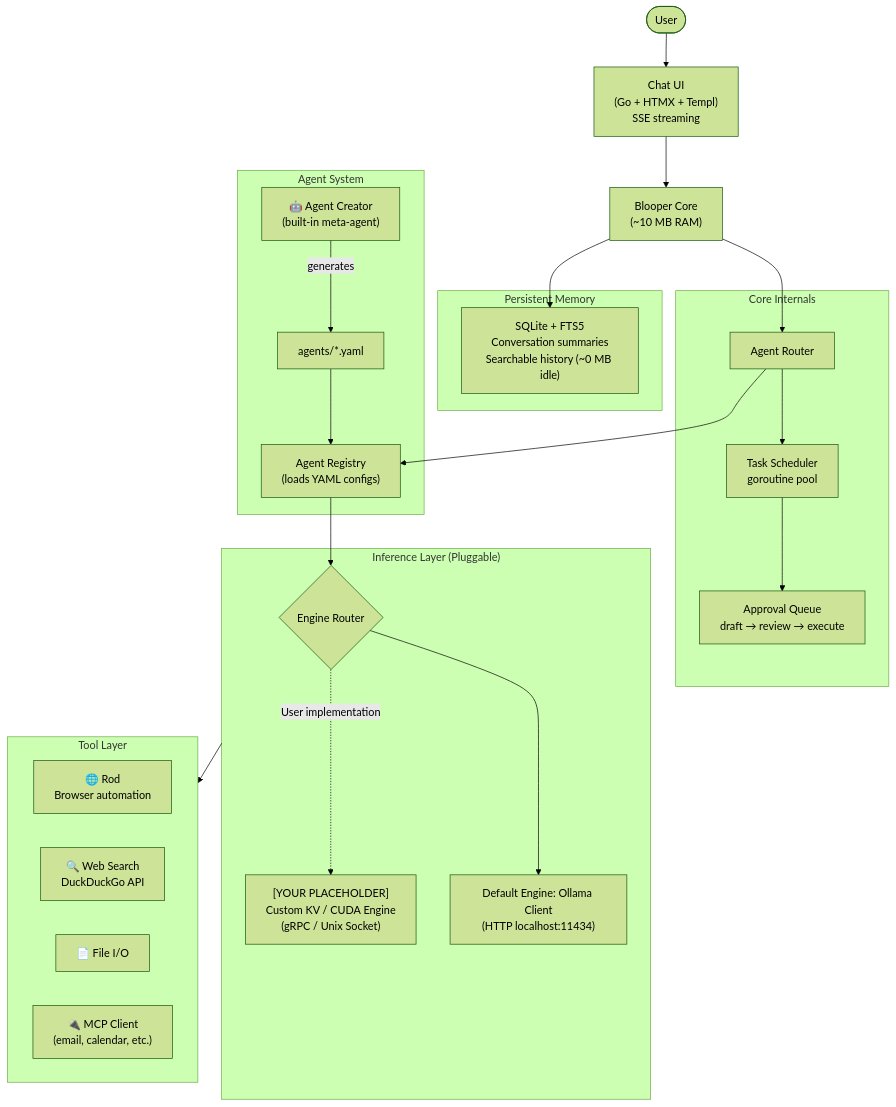
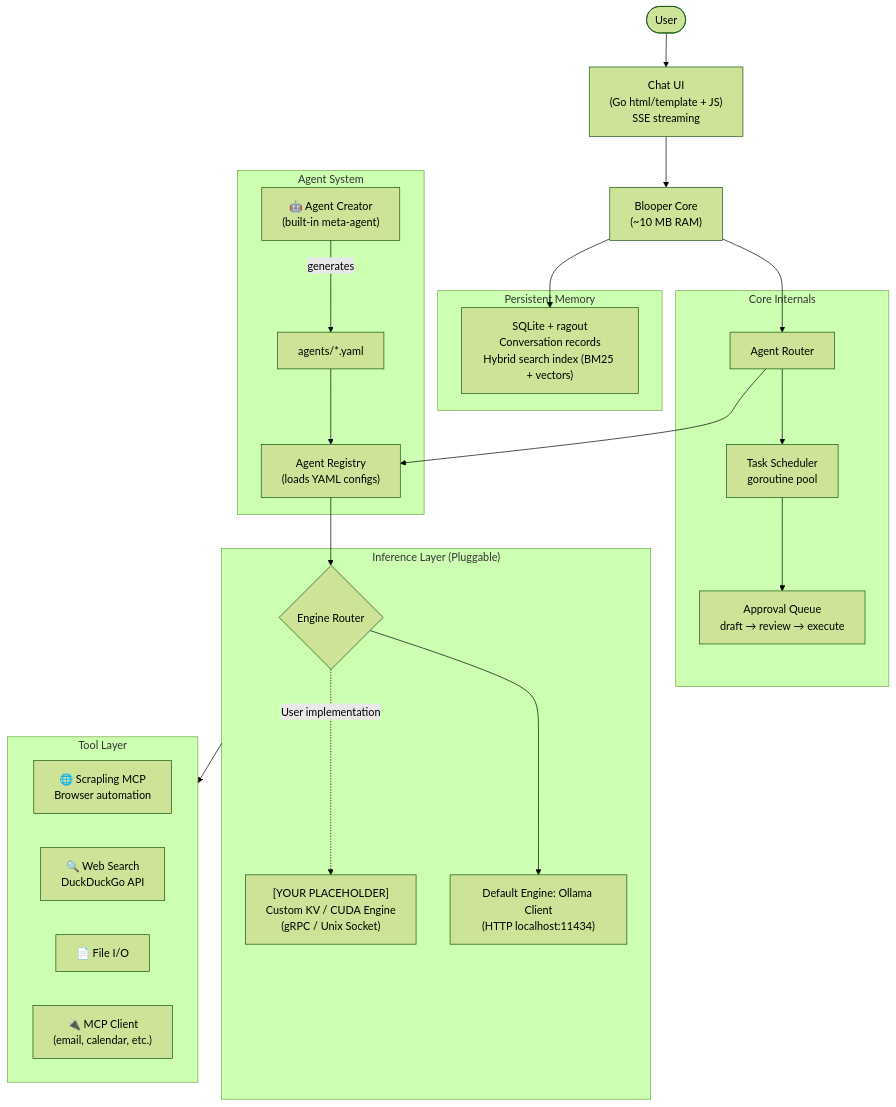
One commit to chengyaolee/blooper changed the diagram in PLAN.md. Above: the diagram before and after it, drawn with Mermaid (forest theme). The commit also changed other lines of this file and 38 other files, not shown here.

````diff
--- a/PLAN.md
+++ b/PLAN.md
@@ -197,51 +197,51 @@
 ```mermaid
 graph TD
-    User([User]) --> ChatUI["Chat UI<br>(Go + HTMX + Templ)<br>SSE streaming"]
-    
+    User([User]) --> ChatUI["Chat UI<br>(Go html/template + JS)<br>SSE streaming"]
+
     ChatUI --> Core["Blooper Core<br>(~10 MB RAM)"]
-    
+
     subgraph Core_Internals["Core Internals"]
         Router[Agent Router]
         Scheduler[Task Scheduler<br>goroutine pool]
         Approval[Approval Queue<br>draft → review → execute]
     end
-    
+
     Core --> Router
     Router --> Scheduler
     Scheduler --> Approval
-    
+
     subgraph Agent_System["Agent System"]
         Registry["Agent Registry<br>(loads YAML configs)"]
         Creator["🤖 Agent Creator<br>(built-in meta-agent)"]
         Creator -->|"generates"| YAMLFiles["agents/*.yaml"]
         YAMLFiles --> Registry
     end
-    
+
     Router --> Registry
-    
+
     subgraph Inference_Layer["Inference Layer (Pluggable)"]
         EngineSelect{"Engine Router"}
         OllamaEngine["Default Engine: Ollama Client<br>(HTTP localhost:11434)"]
         CustomEngine["[YOUR PLACEHOLDER]<br>Custom KV / CUDA Engine<br>(gRPC / Unix Socket)"]
         
         EngineSelect --> OllamaEngine
         EngineSelect -.->|"User implementation"| CustomEngine
     end
-    
+
     Registry --> EngineSelect
-    
+
     subgraph Tools["Tool Layer"]
-        Rod["🌐 Rod<br>Browser automation"]
+        Scrapling["🌐 Scrapling MCP<br>Browser automation"]
         Search["🔍 Web Search<br>DuckDuckGo API"]
         Files["📄 File I/O"]
         MCP_Client["🔌 MCP Client<br>(email, calendar, etc.)"]
     end
-    
+
     Inference_Layer --> Tools
-    
+
     subgraph Memory["Persistent Memory"]
-        SQLite["SQLite + FTS5<br>Conversation summaries<br>Searchable history (~0 MB idle)"]
+        SQLite["SQLite + ragout<br>Conversation records<br>Hybrid search index (BM25 + vectors)"]
     end
-    
+
     Core --> SQLite
 ```
````
